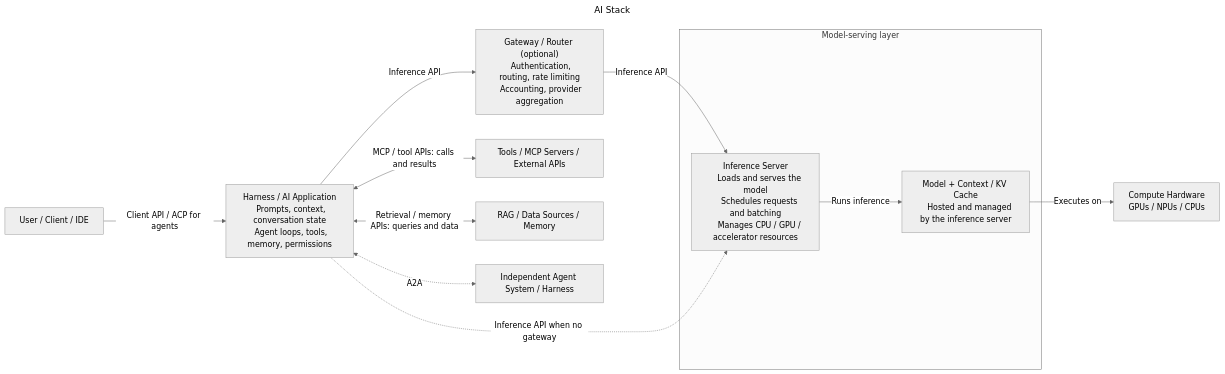
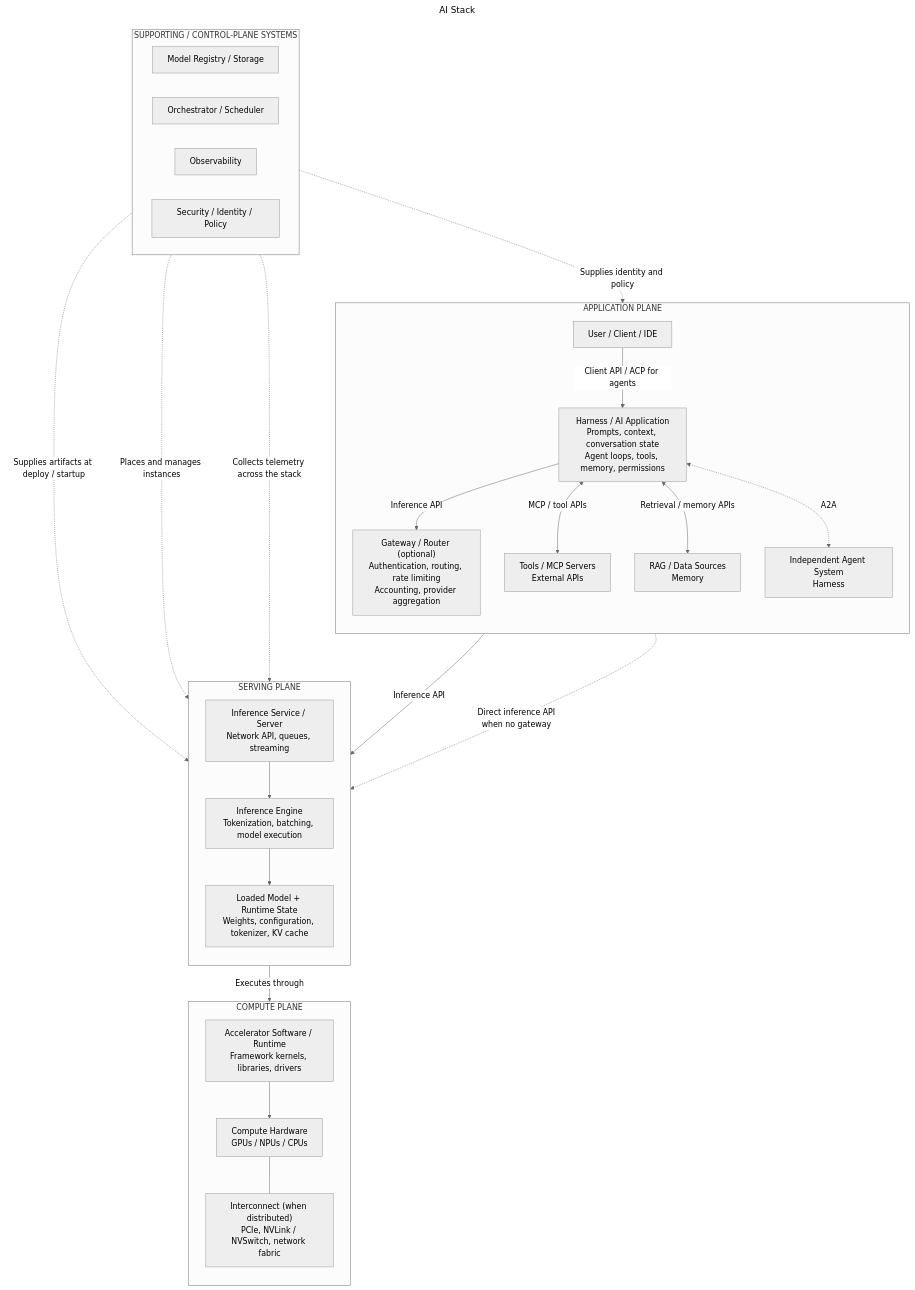
One commit to mcgheee/AI_02H changed the diagram in AI_Stack.md. Above: the diagram before and after it, drawn with Mermaid (neutral theme). The commit also changed other lines of this file and 1 other file, not shown here.

Commit message:
Expand primary AI stack architecture diagram

````diff
--- a/AI_Stack.md
+++ b/AI_Stack.md
@@ -5,36 +5,57 @@
 ```mermaid
 ---
 title: AI Stack
 ---
-flowchart LR
-  client["User / Client / IDE"]
-  harness["Harness / AI Application
-  Prompts, context, conversation state
-  Agent loops, tools, memory, permissions"]
-  gateway["Gateway / Router (optional)
-  Authentication, routing, rate limiting
-  Accounting, provider aggregation"]
-  subgraph serving["Model-serving layer"]
-    server["Inference Server
-    Loads and serves the model
-    Schedules requests and batching
-    Manages CPU / GPU / accelerator resources"]
-    model["Model + Context / KV Cache
-    Hosted and managed by the inference server"]
-    server -->|Runs inference| model
+flowchart TB
+  subgraph application["APPLICATION PLANE"]
+    direction TB
+    client["User / Client / IDE"]
+    harness["Harness / AI Application<br/>Prompts, context, conversation state<br/>Agent loops, tools, memory, permissions"]
+    gateway["Gateway / Router (optional)<br/>Authentication, routing, rate limiting<br/>Accounting, provider aggregation"]
+    tools["Tools / MCP Servers<br/>External APIs"]
+    data["RAG / Data Sources<br/>Memory"]
+    peer["Independent Agent System<br/>Harness"]
+
+    client -->|Client API / ACP for agents| harness
+    harness -->|Inference API| gateway
+    harness <-->|MCP / tool APIs| tools
+    harness <-->|Retrieval / memory APIs| data
+    harness <-.->|A2A| peer
   end
-  hardware["Compute Hardware
-  GPUs / NPUs / CPUs"]
-  tools["Tools / MCP Servers / External APIs"]
-  data["RAG / Data Sources / Memory"]
-  peer["Independent Agent System / Harness"]
 
-  client -->|Client API / ACP for agents| harness
-  harness -->|Inference API| gateway
+  subgraph serving["SERVING PLANE"]
+    direction TB
+    server["Inference Service / Server<br/>Network API, queues, streaming"]
+    engine["Inference Engine<br/>Tokenization, batching, model execution"]
+    model["Loaded Model + Runtime State<br/>Weights, configuration, tokenizer, KV cache"]
+
+    server --> engine --> model
+  end
+
+  subgraph compute["COMPUTE PLANE"]
+    direction TB
+    runtime["Accelerator Software / Runtime<br/>Framework kernels, libraries, drivers"]
+    hardware["Compute Hardware<br/>GPUs / NPUs / CPUs"]
+    interconnect["Interconnect (when distributed)<br/>PCIe, NVLink / NVSwitch, network fabric"]
+
+    runtime --> hardware
+    hardware --- interconnect
+  end
+
+  subgraph support["SUPPORTING / CONTROL-PLANE SYSTEMS"]
+    direction LR
+    registry["Model Registry / Storage"]
+    scheduler["Orchestrator / Scheduler"]
+    observability["Observability"]
+    security["Security / Identity / Policy"]
+  end
+
   gateway -->|Inference API| server
-  harness -.->|Inference API when no gateway| server
-  model -->|Executes on| hardware
-  harness <-->|MCP / tool APIs: calls and results| tools
-  harness <-->|Retrieval / memory APIs: queries and data| data
-  harness <-.->|A2A| peer
+  harness -.->|Direct inference API<br/>when no gateway| server
+  model -->|Executes through| runtime
+
+  registry -.->|Supplies artifacts at deploy / startup| model
+  scheduler -.->|Places and manages instances| server
+  observability -.->|Collects telemetry across the stack| server
+  security -.->|Supplies identity and policy| gateway
 ```
````
